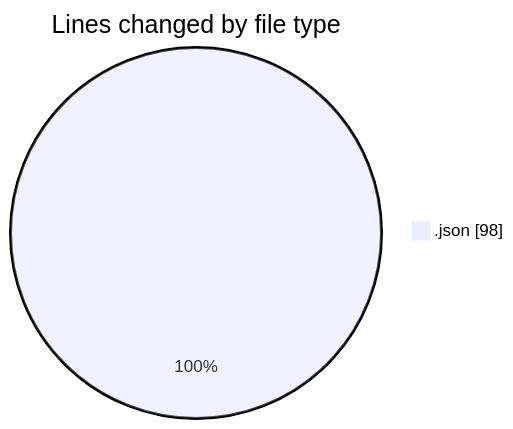
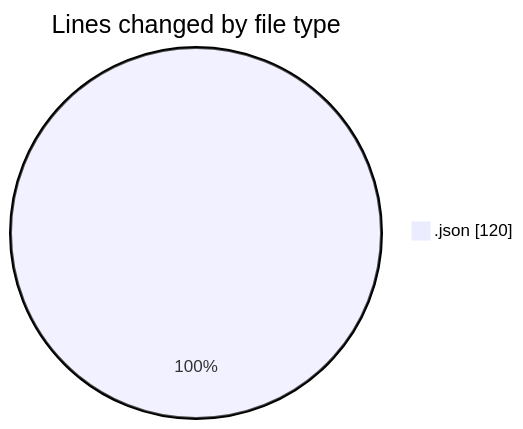
The first of 2 diagrams in 2025-08-05/_claude/README.md (EIIisD/code-tracking), drawn with Mermaid before and after one commit. The commit also changed other lines of this file and 1 other file, not shown here.

````diff
--- a/2025-08-05/_claude/README.md
+++ b/2025-08-05/_claude/README.md
@@ -20,5 +20,5 @@
 ```mermaid
 pie showData
 title Lines changed by file type
-".json" : 98
+".json" : 120
 ```
````
